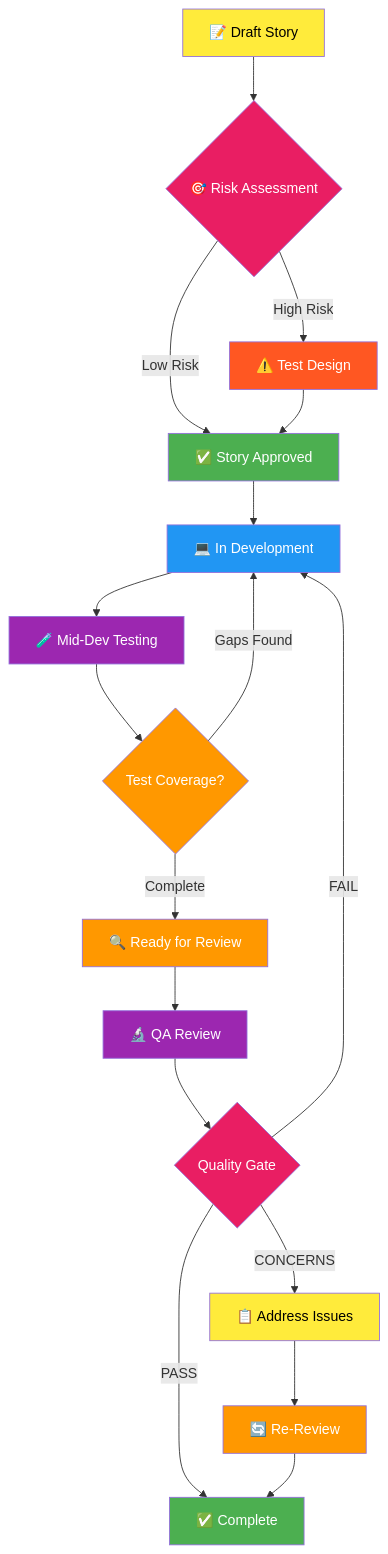
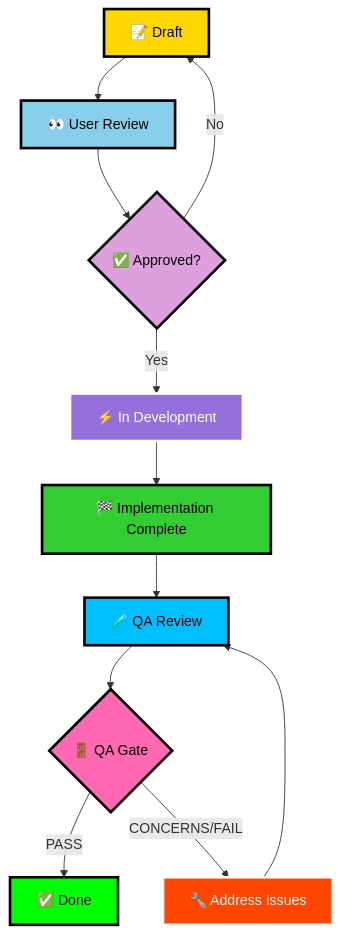
One commit to garkpit/RT-Vault changed the first of 12 diagrams in BMAD-method/BMAD-method - a visual guide.md. Above: the diagram before and after it, drawn with Mermaid. The commit also changed other lines of this file and 7 other files, not shown here.

````diff
--- a/BMAD-method/BMAD-method - a visual guide.md
+++ b/BMAD-method/BMAD-method - a visual guide.md
@@ -35,33 +76,23 @@
 ```mermaid
 graph TD
-    A["📝 Draft Story"] --> B{"🎯 Risk Assessment"}
-    B -->|High Risk| C["⚠️ Test Design"]
-    B -->|Low Risk| D["✅ Story Approved"]
-    C --> D
-    D --> E["💻 In Development"]
-    E --> F["🧪 Mid-Dev Testing"]
-    F --> G{"Test Coverage?"}
-    G -->|Gaps Found| E
-    G -->|Complete| H["🔍 Ready for Review"]
-    H --> I["🔬 QA Review"]
-    I --> J{"Quality Gate"}
-    J -->|PASS| K["✅ Complete"]
-    J -->|CONCERNS| L["📋 Address Issues"]
-    J -->|FAIL| E
-    L --> M["🔄 Re-Review"]
-    M --> K
+    A["📝 Draft"] --> B["👀 User Review"]
+    B --> C{"✅ Approved?"}
+    C -->|Yes| D["⚡ In Development"]
+    C -->|No| A
+    D --> E["🏁 Implementation Complete"]
+    E --> F["🧪 QA Review"]
+    F --> G{"🚪 QA Gate"}
+    G -->|PASS| H["✅ Done"]
+    G -->|CONCERNS/FAIL| I["🔧 Address Issues"]
+    I --> F
     
-    style A fill:#ffeb3b,color:#000
-    style B fill:#e91e63,color:#fff
-    style C fill:#ff5722,color:#fff
-    style D fill:#4caf50,color:#fff
-    style E fill:#2196f3,color:#fff
-    style F fill:#9c27b0,color:#fff
-    style G fill:#ff9800,color:#fff
-    style H fill:#ff9800,color:#fff
-    style I fill:#9c27b0,color:#fff
-    style J fill:#e91e63,color:#fff
-    style K fill:#4caf50,color:#fff
-    style L fill:#ffeb3b,color:#000
-    style M fill:#ff9800,color:#fff
+    style A fill:#FFD700,color:#000000,stroke:#000000,stroke-width:3px
+    style B fill:#87CEEB,color:#000000,stroke:#000000,stroke-width:3px
+    style C fill:#DDA0DD,color:#000000,stroke:#000000,stroke-width:3px
+    style D fill:#9370DB,color:#FFFFFF,stroke:#FFFFFF,stroke-width:3px
+    style E fill:#32CD32,color:#000000,stroke:#000000,stroke-width:3px
+    style F fill:#00BFFF,color:#000000,stroke:#000000,stroke-width:3px
+    style G fill:#FF69B4,color:#000000,stroke:#000000,stroke-width:3px
+    style H fill:#00FF00,color:#000000,stroke:#000000,stroke-width:3px
+    style I fill:#FF4500,color:#FFFFFF,stroke:#FFFFFF,stroke-width:3px
 ```
````
